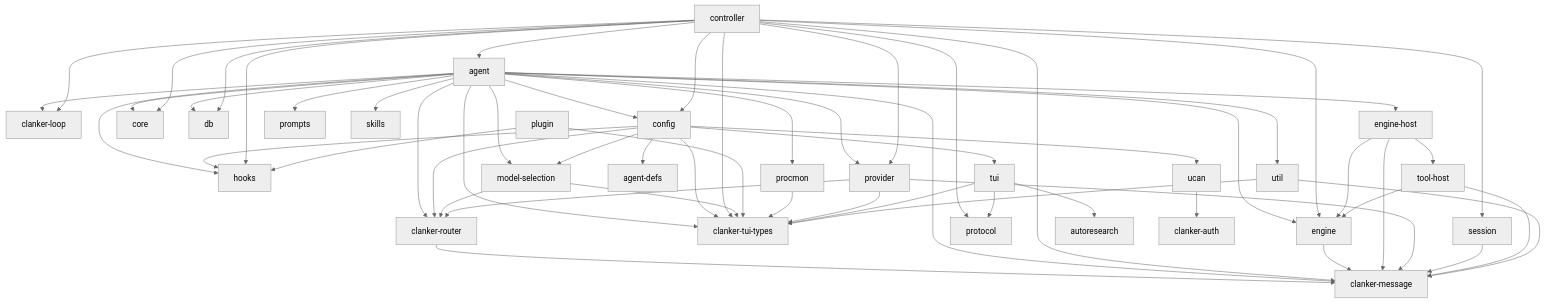
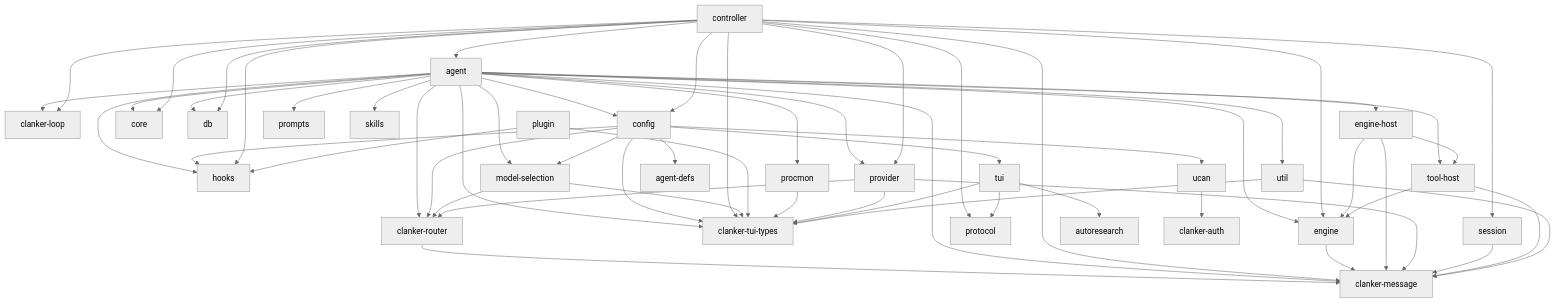
Before and after one commit to brittonr/clankers: the diagram in docs/src/generated/architecture.md, drawn with Mermaid (neutral theme). The commit also changed other lines of this file and 8 other files, not shown here.

````diff
--- a/docs/src/generated/architecture.md
+++ b/docs/src/generated/architecture.md
@@ -13,60 +13,61 @@
 ```mermaid
 graph TD
     clanker-router --> clanker-message
     agent --> clanker-loop
     agent --> clanker-message
     agent --> clanker-router
     agent --> clanker-tui-types
     agent --> config
     agent --> core
     agent --> db
     agent --> engine
     agent --> engine-host
     agent --> hooks
     agent --> model-selection
     agent --> procmon
     agent --> prompts
     agent --> provider
     agent --> skills
+    agent --> tool-host
     agent --> util
     config --> clanker-router
     config --> clanker-tui-types
     config --> agent-defs
     config --> hooks
     config --> model-selection
     config --> tui
     config --> ucan
     controller --> clanker-loop
     controller --> clanker-message
     controller --> clanker-tui-types
     controller --> agent
     controller --> config
     controller --> core
     controller --> db
     controller --> engine
     controller --> hooks
     controller --> protocol
     controller --> provider
     controller --> session
     engine --> clanker-message
     engine-host --> clanker-message
     engine-host --> engine
     engine-host --> tool-host
     model-selection --> clanker-router
     model-selection --> clanker-tui-types
     plugin --> clanker-tui-types
     plugin --> hooks
     procmon --> clanker-tui-types
     provider --> clanker-message
     provider --> clanker-router
     provider --> clanker-tui-types
     session --> clanker-message
     tool-host --> clanker-message
     tool-host --> engine
     tui --> clanker-tui-types
     tui --> autoresearch
     tui --> protocol
     ucan --> clanker-auth
     util --> clanker-message
     util --> clanker-tui-types
 ```
````
